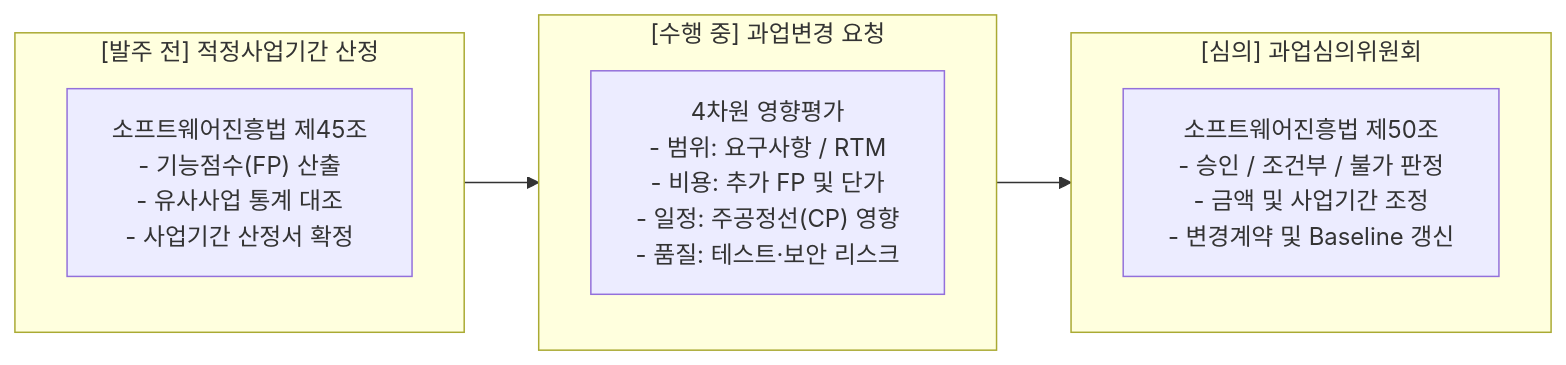
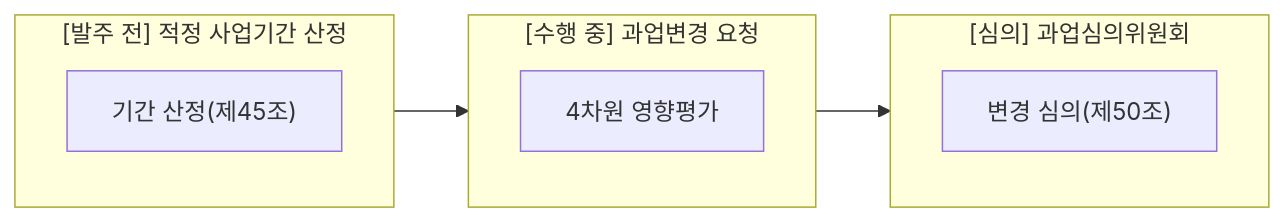
The third of 3 diagrams in src/content/docs/notes/itpe/01-it-strategy/091_public_sw_cost_and_scope_change_criteria.md (agnusdei1207/study), drawn with Mermaid before and after one commit. The commit also changed other lines of this file and 18 other files, not shown here.

````diff
--- a/src/content/docs/notes/itpe/01-it-strategy/091_public_sw_cost_and_scope_change_criteria.md
+++ b/src/content/docs/notes/itpe/01-it-strategy/091_public_sw_cost_and_scope_change_criteria.md
@@ -156,13 +145,13 @@
 ```mermaid
 flowchart LR
-    subgraph PRE["[발주 전] 적정사업기간 산정"]
-        P1["소프트웨어진흥법 제45조<br/>- 기능점수(FP) 산출<br/>- 유사사업 통계 대조<br/>- 사업기간 산정서 확정"]
+    subgraph PRE["[발주 전] 적정 사업기간 산정"]
+        P1["기간 산정(제45조)"]
     end
     subgraph EXEC["[수행 중] 과업변경 요청"]
-        E1["4차원 영향평가<br/>- 범위: 요구사항 / RTM<br/>- 비용: 추가 FP 및 단가<br/>- 일정: 주공정선(CP) 영향<br/>- 품질: 테스트·보안 리스크"]
+        E1["4차원 영향평가"]
     end
     subgraph REVIEW["[심의] 과업심의위원회"]
-        R1["소프트웨어진흥법 제50조<br/>- 승인 / 조건부 / 불가 판정<br/>- 금액 및 사업기간 조정<br/>- 변경계약 및 Baseline 갱신"]
+        R1["변경 심의(제50조)"]
     end
     PRE --> EXEC --> REVIEW
 ```
````
